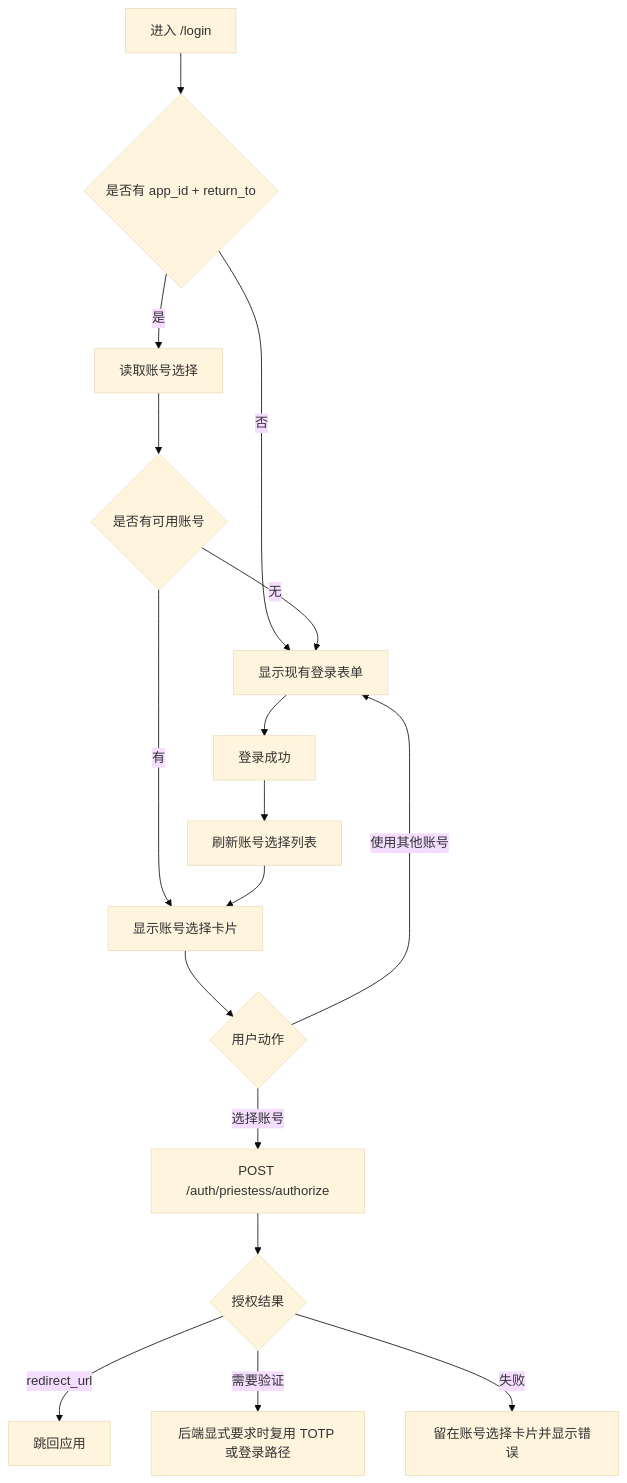
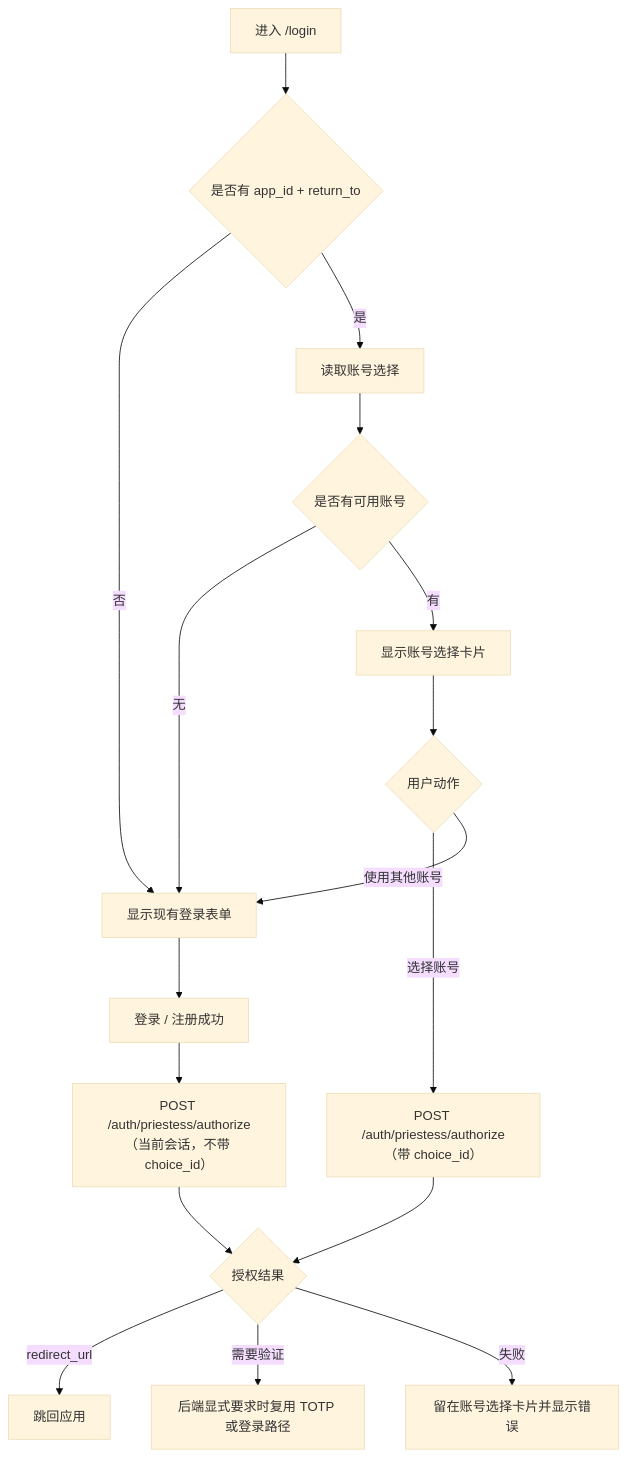
Before and after one commit to KurisuRakko/Priestess: the diagram in docs/priestess-account-picker-login-plan.md, drawn with Mermaid (base theme). The commit also changed other lines of this file and 5 other files, not shown here.

````diff
--- a/docs/priestess-account-picker-login-plan.md
+++ b/docs/priestess-account-picker-login-plan.md
@@ -210,19 +213,19 @@
 ```mermaid
 flowchart TD
   A["进入 /login"] --> B{"是否有 app_id + return_to"}
   B -->|否| C["显示现有登录表单"]
   B -->|是| D["读取账号选择"]
   D --> E{"是否有可用账号"}
   E -->|无| C
   E -->|有| F["显示账号选择卡片"]
   F --> G{"用户动作"}
-  G -->|选择账号| H["POST /auth/priestess/authorize"]
+  G -->|选择账号| H["POST /auth/priestess/authorize（带 choice_id）"]
   G -->|使用其他账号| C
   H --> I{"授权结果"}
   I -->|redirect_url| J["跳回应用"]
   I -->|需要验证| K["后端显式要求时复用 TOTP 或登录路径"]
   I -->|失败| L["留在账号选择卡片并显示错误"]
-  C --> M["登录成功"]
-  M --> N["刷新账号选择列表"]
-  N --> F
+  C --> M["登录 / 注册成功"]
+  M --> O["POST /auth/priestess/authorize（当前会话，不带 choice_id）"]
+  O --> I
 ```
````
